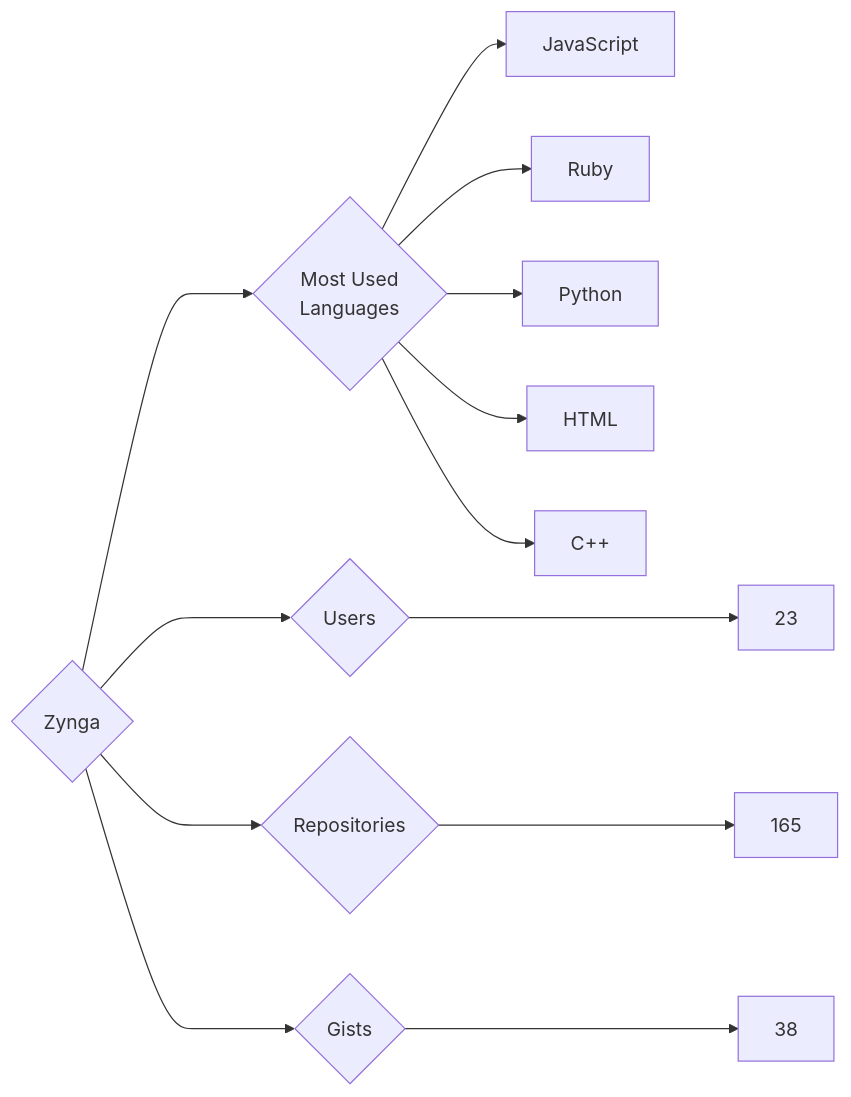
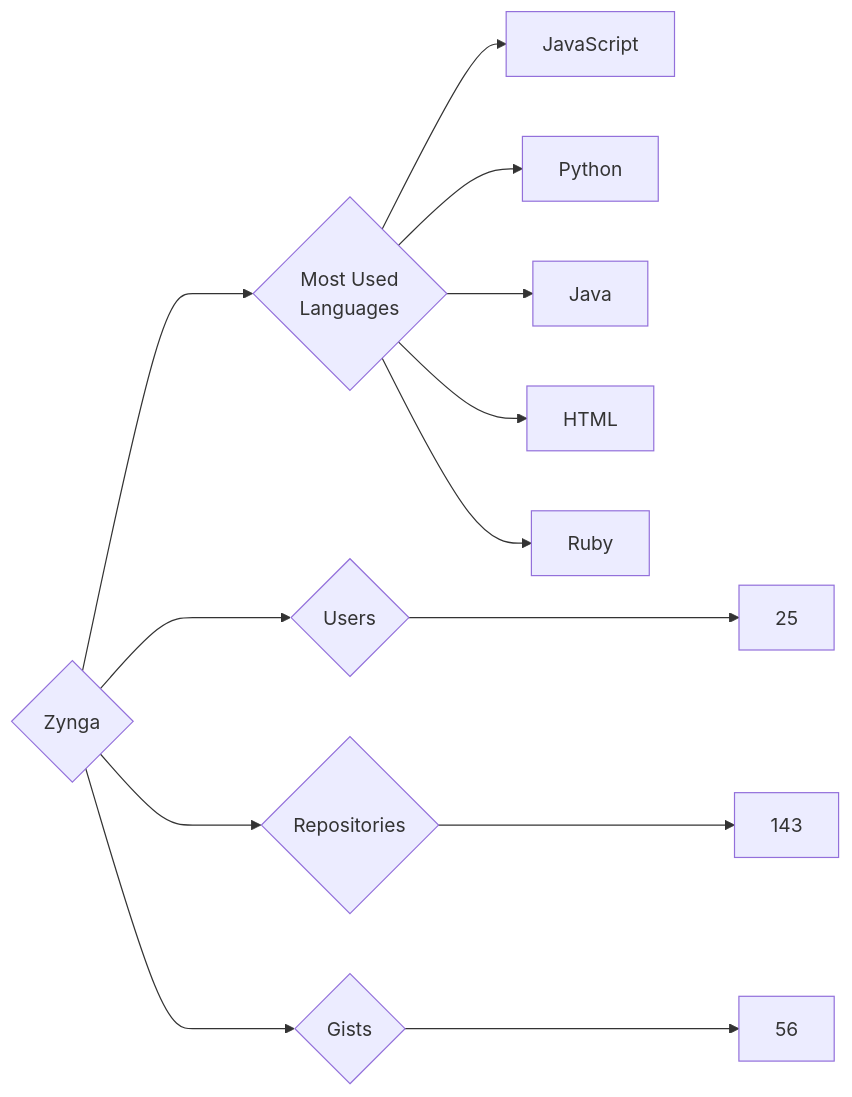
The diagram in targets/Zynga/README.md (trickest/insiders), drawn with Mermaid before and after one commit. The commit also changed 715 other files, not shown here.

````diff
--- a/targets/Zynga/README.md
+++ b/targets/Zynga/README.md
@@ -3,13 +3,13 @@
 ```mermaid
 graph LR
 COMPANY_NAME{Zynga}
-COMPANY_NAME ---> U{Users} ---> UN[23]
-COMPANY_NAME ---> R{Repositories} ---> RN[165]
-COMPANY_NAME ---> G{Gists} ---> GN[38]
+COMPANY_NAME ---> U{Users} ---> UN[25]
+COMPANY_NAME ---> R{Repositories} ---> RN[143]
+COMPANY_NAME ---> G{Gists} ---> GN[56]
 COMPANY_NAME ---> ML{Most Used<br>Languages}
 ML --> JavaScript[JavaScript]
+ML --> Python[Python]
+ML --> Java[Java]
+ML --> HTML[HTML]
 ML --> Ruby[Ruby]
-ML --> Python[Python]
-ML --> HTML[HTML]
-ML --> C++[C++]
 ```
````
